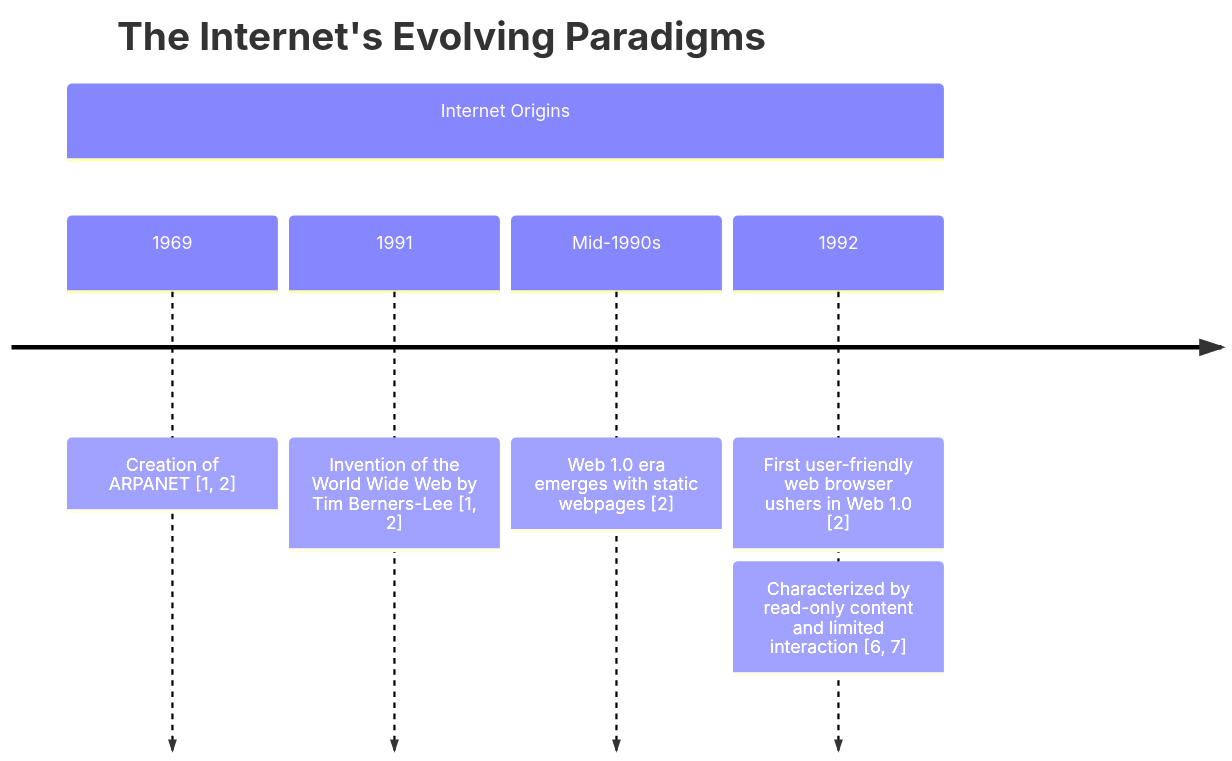
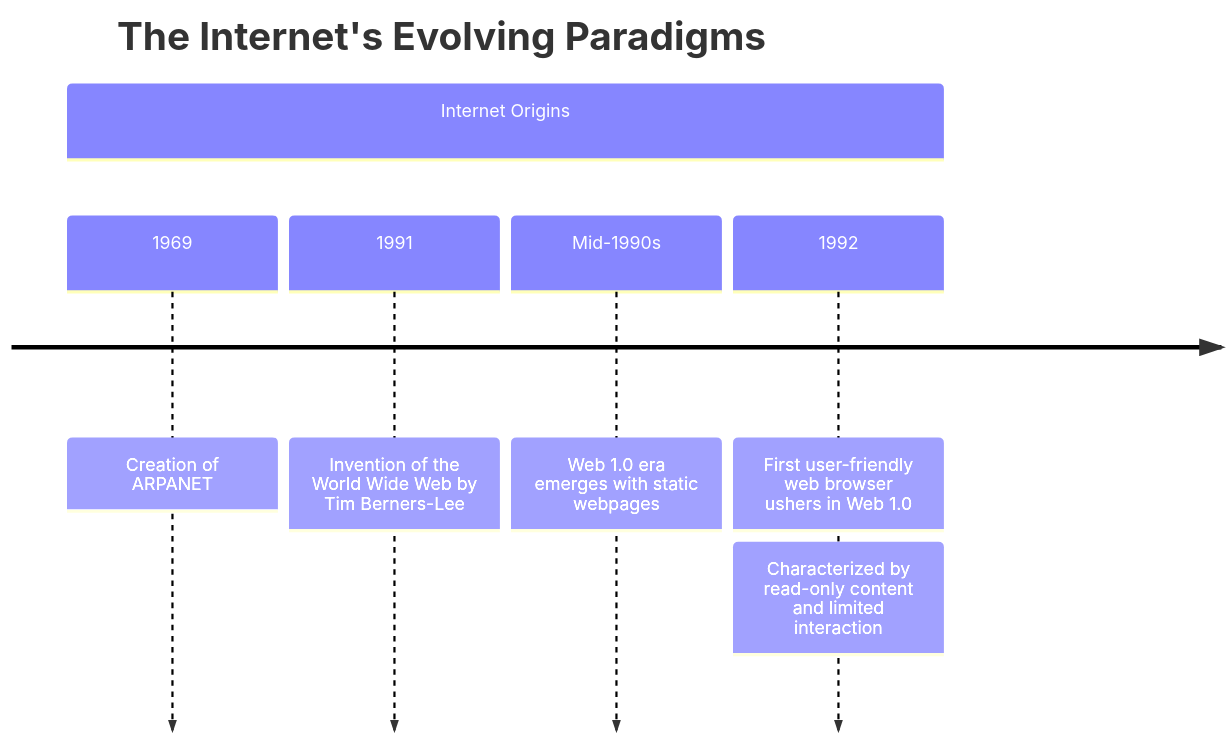
The first of 7 diagrams in content/posts/conversational-commerce-revolution.md (AshKash/Ashwin-portfolio), drawn with Mermaid before and after one commit. The commit also changed other lines of this file, not shown here.

Commit message:
Clean up mermaid timeline diagrams by removing reference numbers

```diff
--- a/content/posts/conversational-commerce-revolution.md
+++ b/content/posts/conversational-commerce-revolution.md
@@ -19,10 +19,10 @@
 {{< mermaid >}}
 timeline 
         title The Internet's Evolving Paradigms
         section Internet Origins
-          1969 : Creation of ARPANET [1, 2]
-          1991 : Invention of the World Wide Web by Tim Berners-Lee [1, 2]
-          Mid-1990s : Web 1.0 era emerges with static webpages [2]
-          1992 : First user-friendly web browser ushers in Web 1.0 [2]
-                  : Characterized by read-only content and limited interaction [6, 7]
+          1969 : Creation of ARPANET
+          1991 : Invention of the World Wide Web by Tim Berners-Lee
+          Mid-1990s : Web 1.0 era emerges with static webpages
+          1992 : First user-friendly web browser ushers in Web 1.0
+                  : Characterized by read-only content and limited interaction
 {{< /mermaid >}}
```
